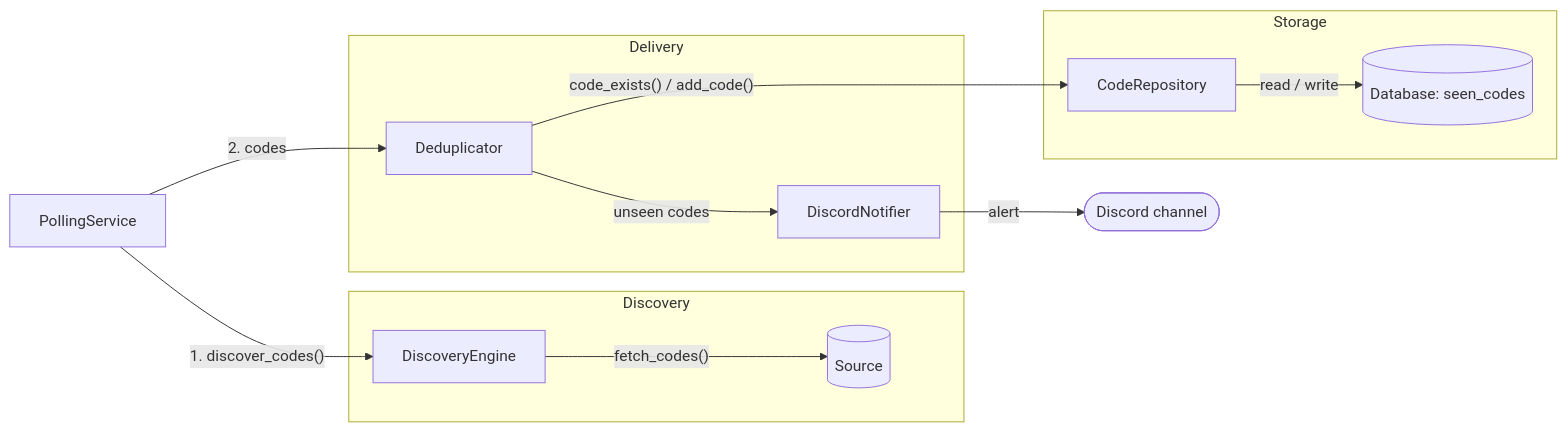
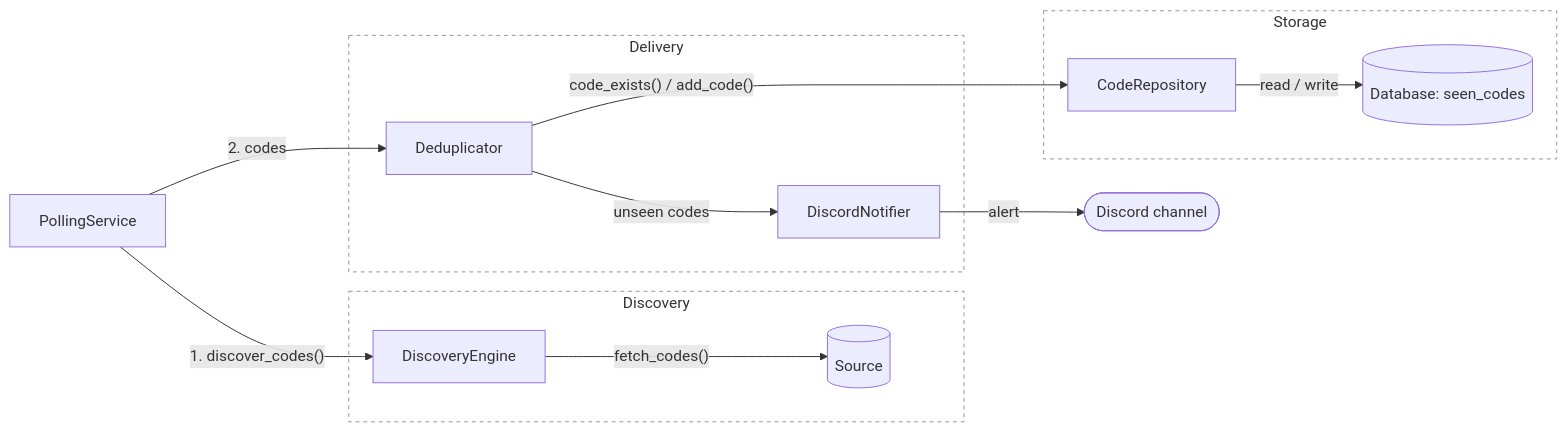
One commit to emiHuy/pogo-pings changed the first of 2 diagrams in docs/ARCHITECTURE.md. Above: the diagram before and after it, drawn with Mermaid.

Commit message:
docs: change subgraph background

````diff
--- a/docs/ARCHITECTURE.md
+++ b/docs/ARCHITECTURE.md
@@ -5,35 +5,39 @@
 ```mermaid
 flowchart LR
     Poller["PollingService"]
 
     subgraph Discovery
         Engine["DiscoveryEngine"]
         Source[("Source")]
     end
 
     subgraph Delivery
         Dedup["Deduplicator"]
         Notifier["DiscordNotifier"]
         Way[" "]
         style Way width:0px,height:0px,padding:0px,margin:0px,fill:none,stroke:none
     end
 
     subgraph Storage
         Repo["CodeRepository"]
         DB[("Database: seen_codes")]
     end
 
     Discord(["Discord channel"])
 
     Poller -->|"1. discover_codes()"| Engine
     Engine -->|"fetch_codes()"| Source
 
     Poller -->|"2. codes"| Dedup
 
     %% Split the link through the invisible waypoint to create a bend
     Dedup ---|"code_exists() / add_code()"| Way --> Repo
     Repo -->|"read / write"| DB
 
     Dedup -->|"unseen codes"| Notifier
     Notifier -->|"alert"| Discord
+
+    style Discovery fill:none,stroke:#8b949e,stroke-dasharray: 4 4
+    style Delivery fill:none,stroke:#8b949e,stroke-dasharray: 4 4
+    style Storage fill:none,stroke:#8b949e,stroke-dasharray: 4 4
 ```
````
